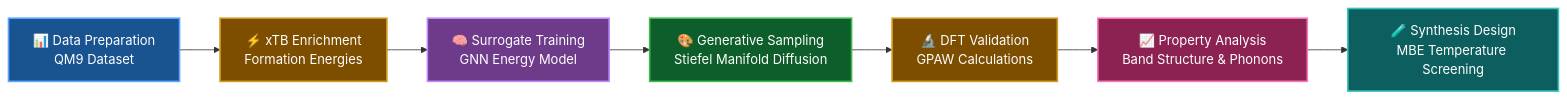
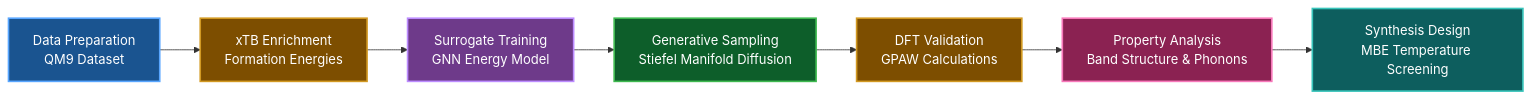
One commit to Koussaisalem/algo changed the first of 5 diagrams in README.md. Above: the diagram before and after it, drawn with Mermaid. The commit also changed other lines of this file and 1 other file, not shown here.

````diff
--- a/README.md
+++ b/README.md
@@ -53,17 +53,17 @@
 ```mermaid
 graph LR
-    A[📊 Data Preparation<br/>QM9 Dataset] --> B[⚡ xTB Enrichment<br/>Formation Energies]
-    B --> C[🧠 Surrogate Training<br/>GNN Energy Model]
-    C --> D[🎨 Generative Sampling<br/>Stiefel Manifold Diffusion]
-    D --> E[🔬 DFT Validation<br/>GPAW Calculations]
-    E --> F[📈 Property Analysis<br/>Band Structure & Phonons]
-    F --> G[🧪 Synthesis Design<br/>MBE Temperature Screening]
-    
-    style A fill:#1a5490,stroke:#58a6ff,stroke-width:2px,color:#fff
-    style B fill:#7d4e00,stroke:#d29922,stroke-width:2px,color:#fff
-    style C fill:#6e3a8a,stroke:#bc8cff,stroke-width:2px,color:#fff
-    style D fill:#0d5e2a,stroke:#3fb950,stroke-width:2px,color:#fff
-    style E fill:#7d4e00,stroke:#d29922,stroke-width:2px,color:#fff
-    style F fill:#8b2252,stroke:#f778ba,stroke-width:2px,color:#fff
-    style G fill:#0d5e5e,stroke:#39c5bb,stroke-width:2px,color:#fff
+ A[ Data Preparation<br/>QM9 Dataset] --> B[ xTB Enrichment<br/>Formation Energies]
+ B --> C[ Surrogate Training<br/>GNN Energy Model]
+ C --> D[ Generative Sampling<br/>Stiefel Manifold Diffusion]
+ D --> E[ DFT Validation<br/>GPAW Calculations]
+ E --> F[ Property Analysis<br/>Band Structure & Phonons]
+ F --> G[ Synthesis Design<br/>MBE Temperature Screening]
+ 
+ style A fill:#1a5490,stroke:#58a6ff,stroke-width:2px,color:#fff
+ style B fill:#7d4e00,stroke:#d29922,stroke-width:2px,color:#fff
+ style C fill:#6e3a8a,stroke:#bc8cff,stroke-width:2px,color:#fff
+ style D fill:#0d5e2a,stroke:#3fb950,stroke-width:2px,color:#fff
+ style E fill:#7d4e00,stroke:#d29922,stroke-width:2px,color:#fff
+ style F fill:#8b2252,stroke:#f778ba,stroke-width:2px,color:#fff
+ style G fill:#0d5e5e,stroke:#39c5bb,stroke-width:2px,color:#fff
 ```
````
